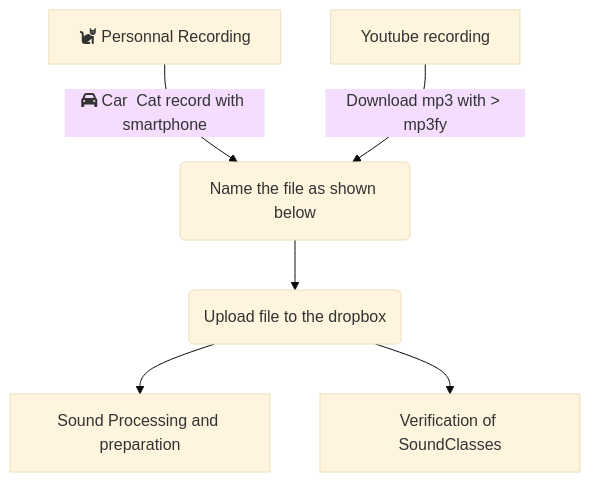
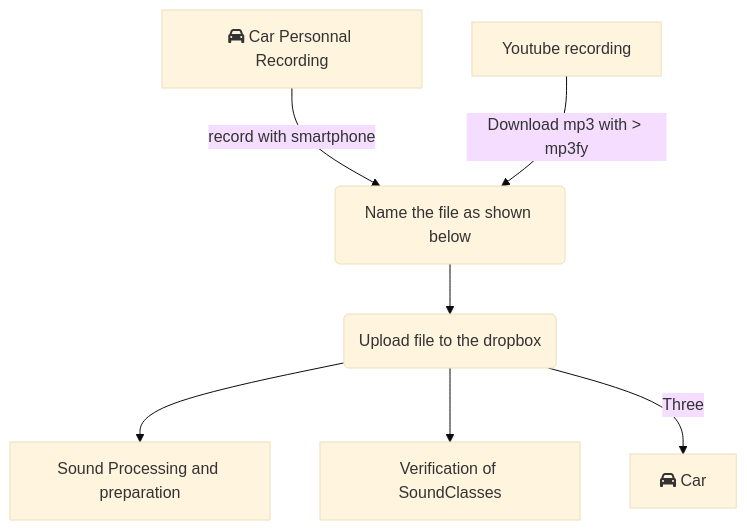
Before and after one commit to FrogBoss74/RealCatTranslator: the diagram in README.md, drawn with Mermaid (base theme). The commit also changed other lines of this file, not shown here.

Commit message:
README.md updated from https://stackedit.io/

````diff
--- a/README.md
+++ b/README.md
@@ -24,8 +24,9 @@
 ```mermaid
 graph TD
-A1[fa:fa-cat Personnal Recording] -->|fa:fa-car Car  Cat record with smartphone| B(Name the file as shown below)
+A1[fa:fa-car Car Personnal Recording] -->|record with smartphone| B(Name the file as shown below)
 A2[Youtube recording] -->|Download mp3 with > mp3fy| B
 B --> C(Upload file to the dropbox)
 C -->D1[Sound Processing and preparation]
 C -->D2[Verification of SoundClasses]
+C -->|Three| F[fa:fa-car Car]
 ```
````
